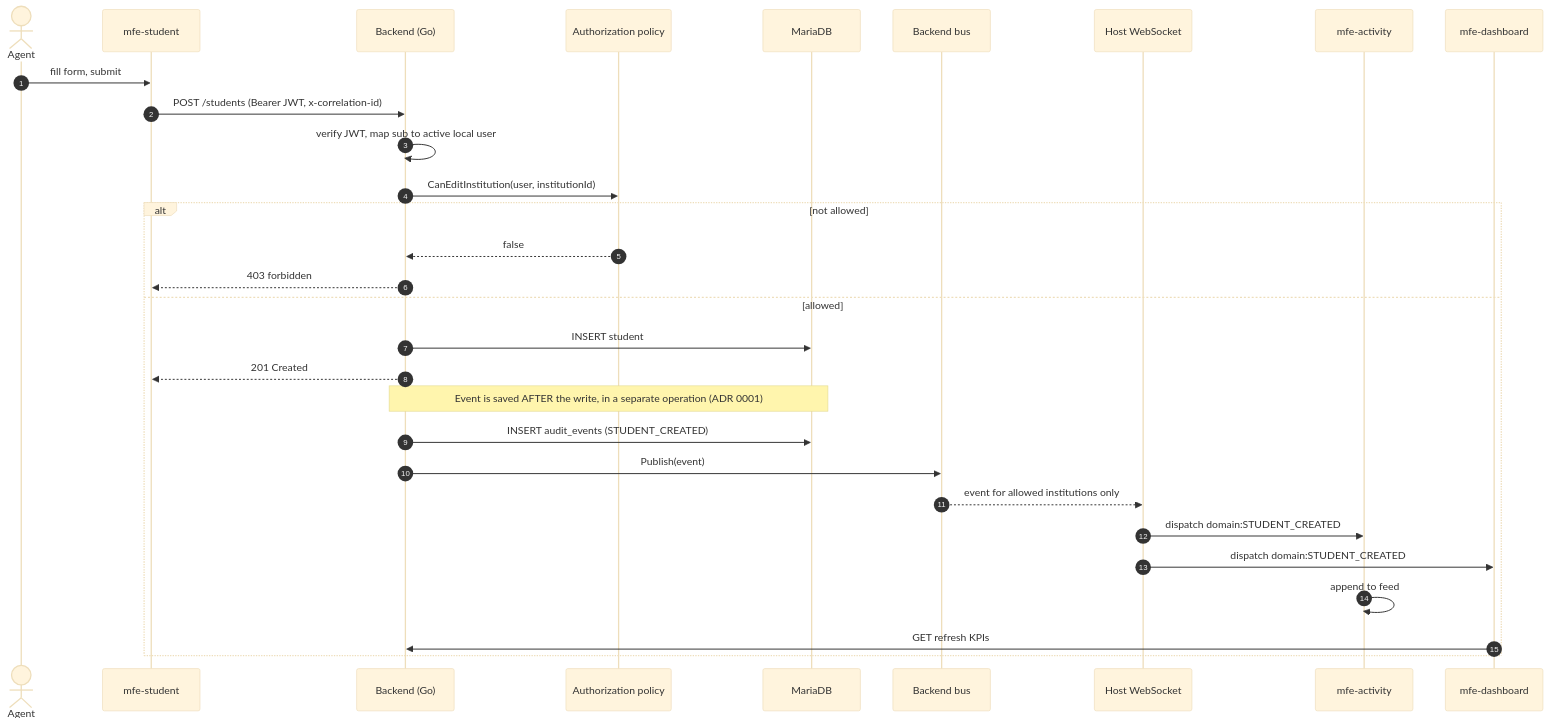
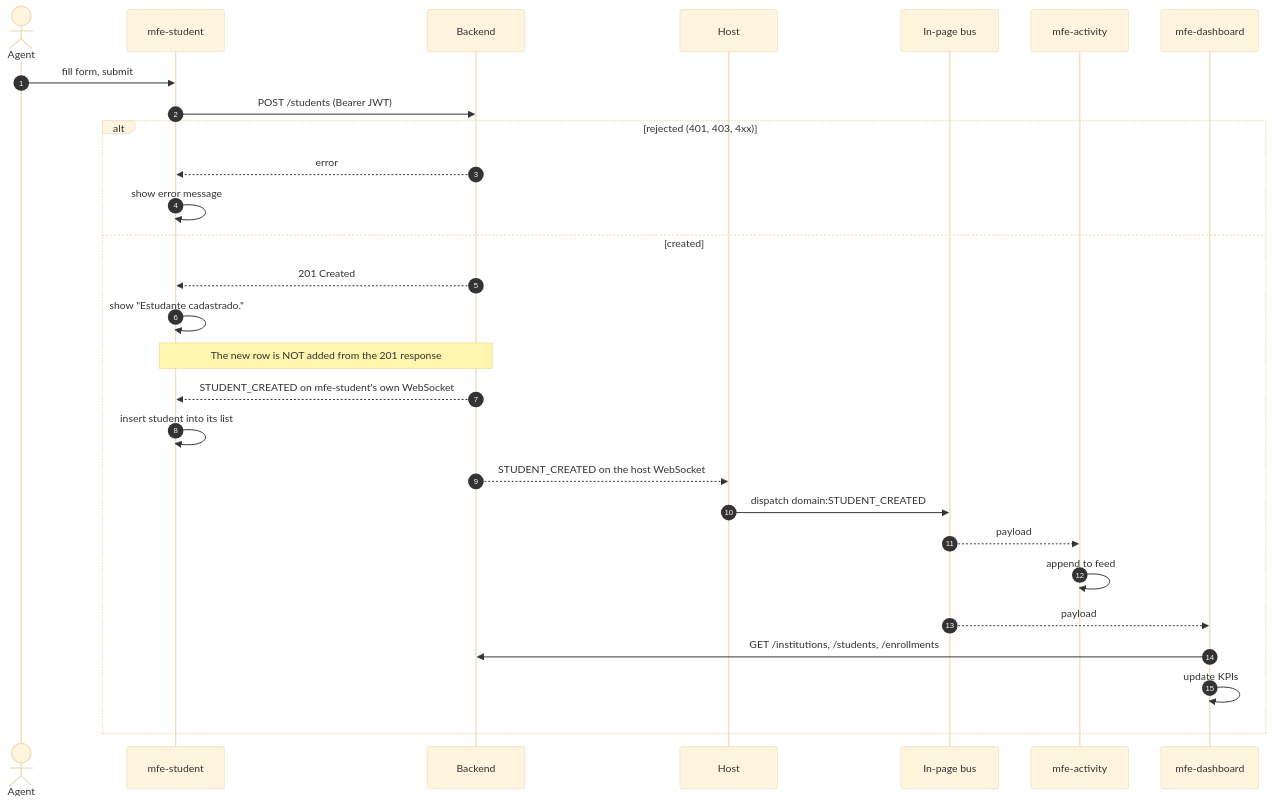
One commit to fidelis27/mfe-communication changed the fourth of 5 diagrams in docs/architecture.md. Above: the diagram before and after it, drawn with Mermaid (base theme). The commit also changed other lines of this file, not shown here.

First line of the commit message:
docs: scope architecture.md to the frontend and fix flow details (#94)

````diff
--- a/docs/architecture.md
+++ b/docs/architecture.md
@@ -119,33 +110,31 @@
 ```mermaid
 sequenceDiagram
     autonumber
     actor U as Agent
     participant S as mfe-student
-    participant API as Backend (Go)
-    participant POL as Authorization policy
-    participant DB as MariaDB
-    participant BUS as Backend bus
-    participant H as Host WebSocket
+    participant API as Backend
+    participant H as Host
+    participant BUS as In-page bus
     participant A as mfe-activity
     participant D as mfe-dashboard
 
     U->>S: fill form, submit
-    S->>API: POST /students (Bearer JWT, x-correlation-id)
-    API->>API: verify JWT, map sub to active local user
-    API->>POL: CanEditInstitution(user, institutionId)
-    alt not allowed
-        POL-->>API: false
-        API-->>S: 403 forbidden
-    else allowed
-        API->>DB: INSERT student
+    S->>API: POST /students (Bearer JWT)
+    alt rejected (401, 403, 4xx)
+        API-->>S: error
+        S->>S: show error message
+    else created
         API-->>S: 201 Created
-        Note over API,DB: Event is saved AFTER the write, in a separate operation (ADR 0001)
-        API->>DB: INSERT audit_events (STUDENT_CREATED)
-        API->>BUS: Publish(event)
-        BUS-->>H: event for allowed institutions only
-        H->>A: dispatch domain:STUDENT_CREATED
-        H->>D: dispatch domain:STUDENT_CREATED
+        S->>S: show "Estudante cadastrado."
+        Note over API,S: The new row is NOT added from the 201 response
+        API-->>S: STUDENT_CREATED on mfe-student's own WebSocket
+        S->>S: insert student into its list
+        API-->>H: STUDENT_CREATED on the host WebSocket
+        H->>BUS: dispatch domain:STUDENT_CREATED
+        BUS-->>A: payload
         A->>A: append to feed
-        D->>API: GET refresh KPIs
+        BUS-->>D: payload
+        D->>API: GET /institutions, /students, /enrollments
+        D->>D: update KPIs
     end
 ```
````
